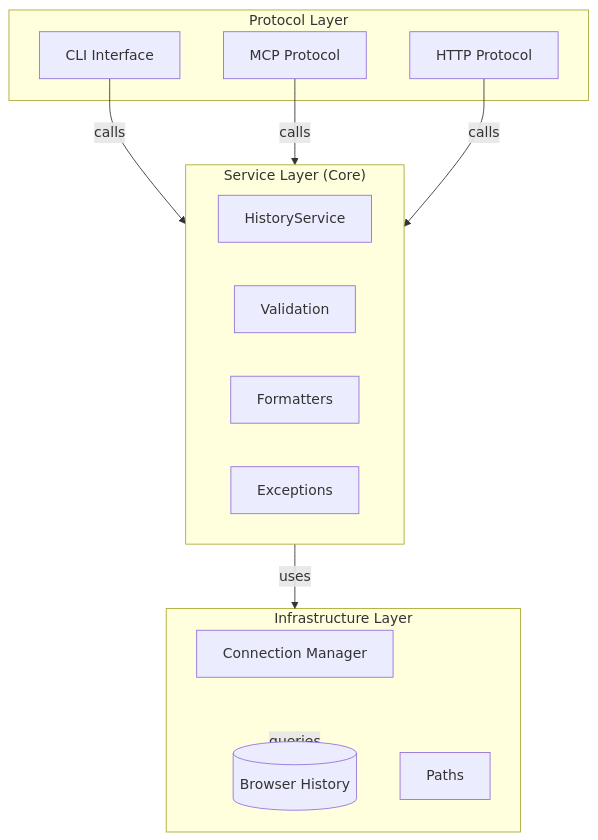
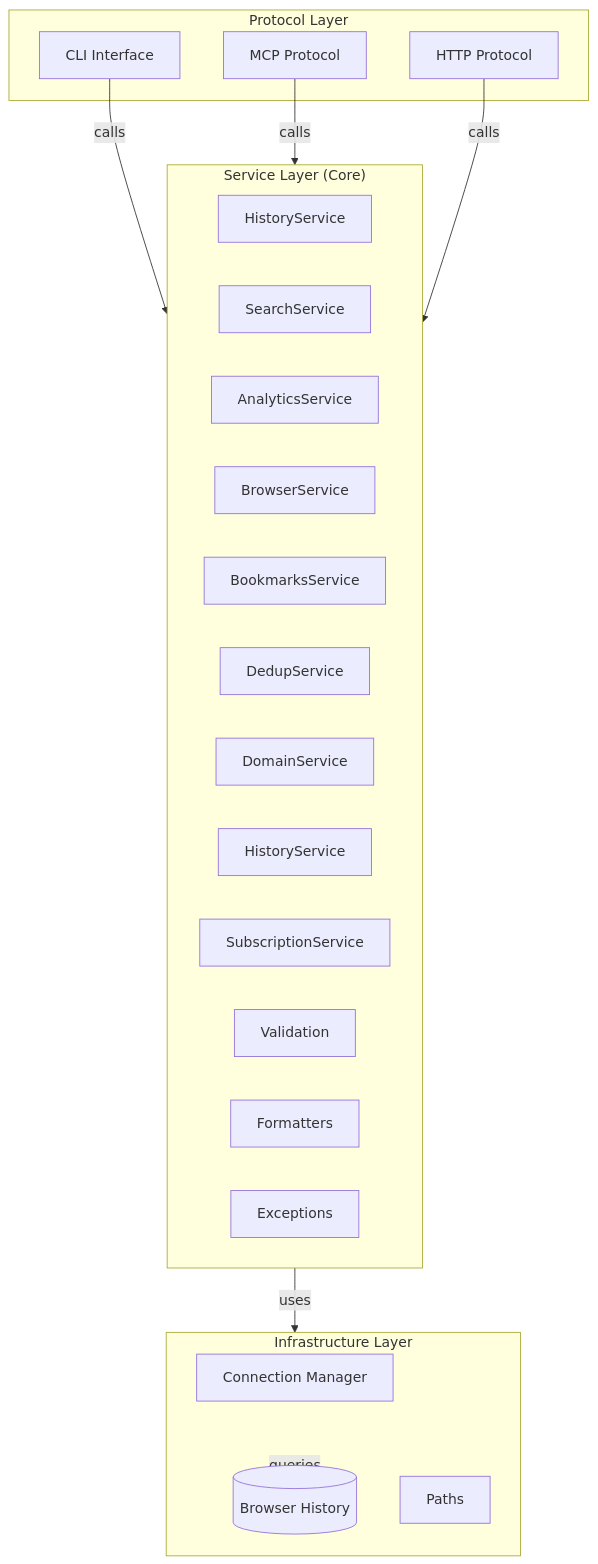
Before and after one commit to nikolasil/chronicle-mcp: the diagram in docs/ARCHITECTURE.md, drawn with Mermaid. The commit also changed other lines of this file and 1 other file, not shown here.

First line of the commit message:
docs: Update architecture docs to reflect current modular structure

````diff
--- a/docs/ARCHITECTURE.md
+++ b/docs/ARCHITECTURE.md
@@ -11,27 +11,35 @@
 ```mermaid
 graph TB
     subgraph Protocol["Protocol Layer"]
         CLI[CLI Interface]
         MCP[MCP Protocol]
         HTTP[HTTP Protocol]
     end
 
     subgraph Service["Service Layer (Core)"]
         HS[HistoryService]
+        SS[SearchService]
+        AS[AnalyticsService]
+        BS[BrowserService]
+        BDS[BookmarksService]
+        DDS[DedupService]
+        DNS[DomainService]
+        HSS[HistoryService]
+        SBS[SubscriptionService]
         VAL[Validation]
         FMT[Formatters]
         EXC[Exceptions]
     end
 
     subgraph Infra["Infrastructure Layer"]
         CON[Connection Manager]
         DB[(Database)]
         PTH[Paths]
     end
 
     CLI -->|calls| Service
     MCP -->|calls| Service
     HTTP -->|calls| Service
     Service -->|uses| Infra
     Infra -->|queries| DB[(Browser History)]
 ```
````
